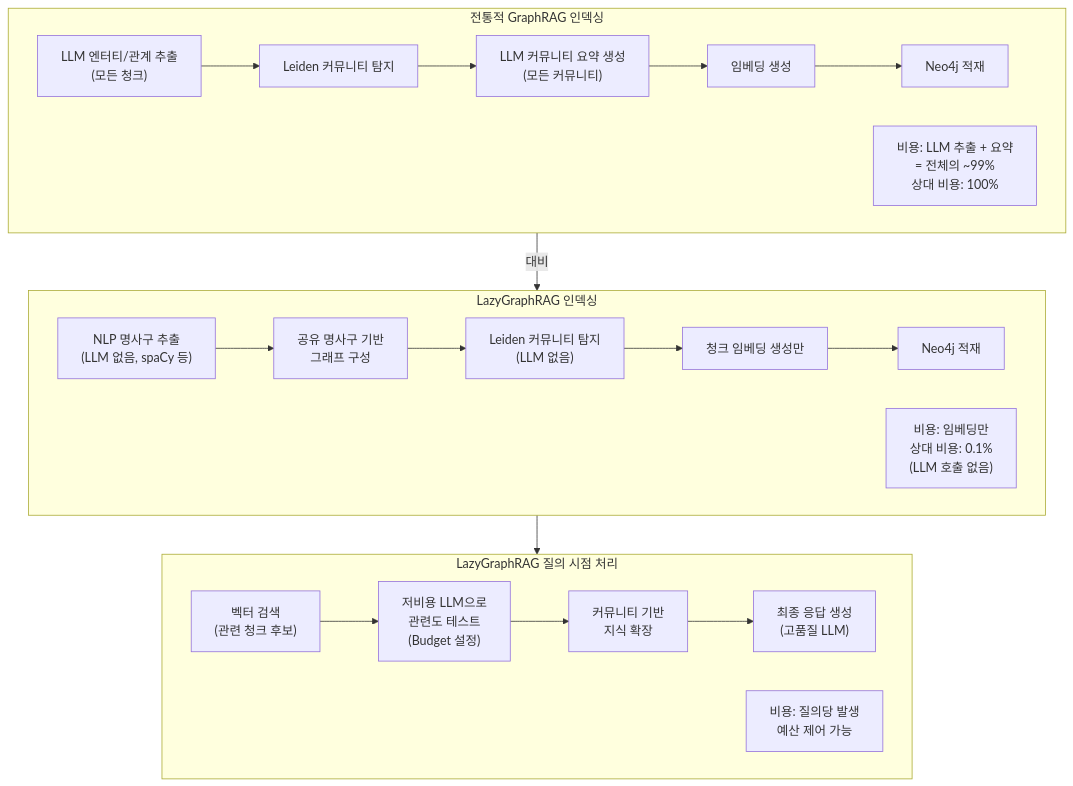
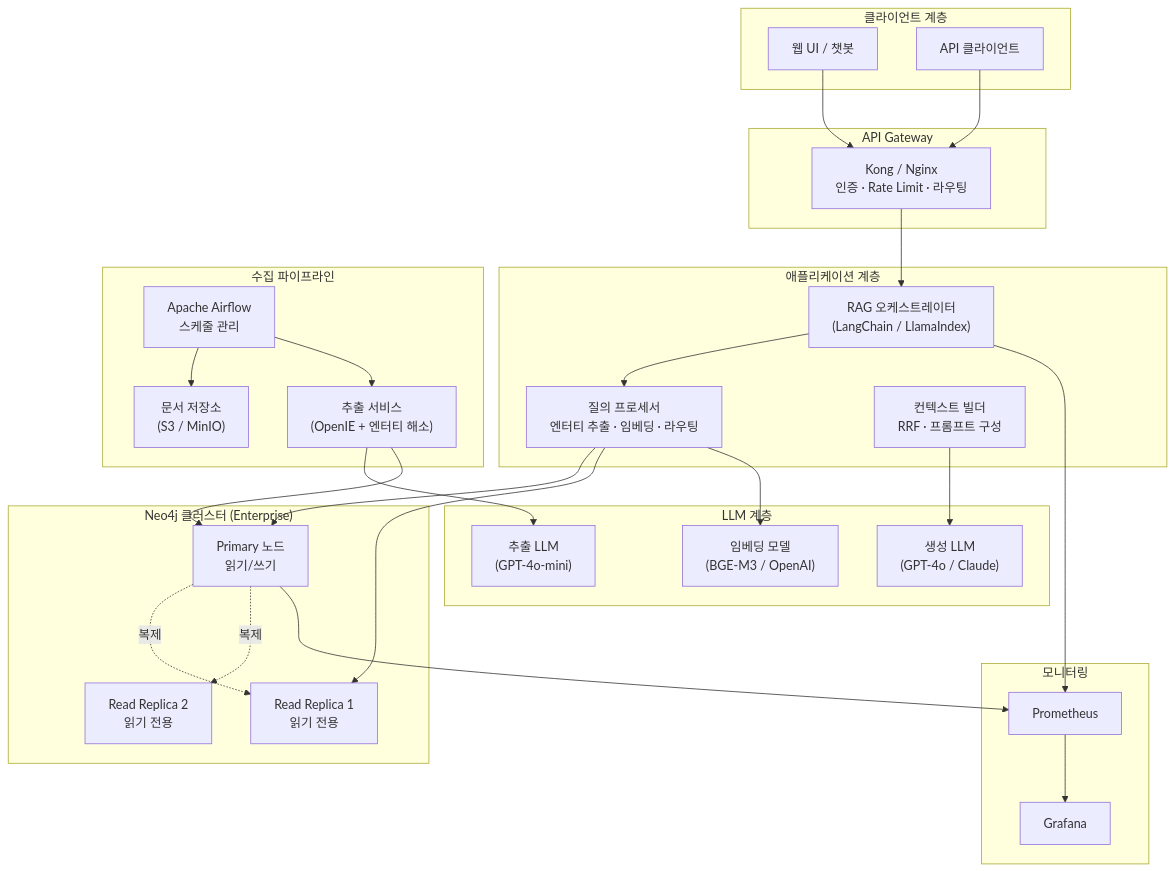
Before and after one commit to k82022603/k82022603.github.io: the seventh of 9 diagrams in _posts/2026-05-11-rag-기술-아키텍처-세미나-‐-(4)-index‐based-graphrag-기반-neo4j-hybrid-rag-시스템-구현.md, drawn with Mermaid. The commit also changed other lines of this file, not shown here.

````diff
--- a/_posts/2026-05-11-rag-기술-아키텍처-세미나-‐-(4)-index‐based-graphrag-기반-neo4j-hybrid-rag-시스템-구현.md
+++ b/_posts/2026-05-11-rag-기술-아키텍처-세미나-‐-(4)-index‐based-graphrag-기반-neo4j-hybrid-rag-시스템-구현.md
@@ -716,43 +827,56 @@
 ```mermaid
 flowchart TB
-    subgraph TraditionalIndexing["전통적 GraphRAG 인덱싱"]
-        direction LR
-        TI1["LLM 엔터티/관계 추출\n(모든 청크)"]
-        TI2["Leiden 커뮤니티 탐지"]
-        TI3["LLM 커뮤니티 요약 생성\n(모든 커뮤니티)"]
-        TI4["임베딩 생성"]
-        TI5["Neo4j 적재"]
-
-        TI1 --> TI2 --> TI3 --> TI4 --> TI5
-
-        COST1["비용: LLM 추출 + 요약\n= 전체의 ~99%\n상대 비용: 100%"]
+    subgraph Client["클라이언트 계층"]
+        WEB["웹 UI / 챗봇"]
+        APIC["API 클라이언트"]
     end
 
-    subgraph LazyIndexing["LazyGraphRAG 인덱싱"]
-        direction LR
-        LI1["NLP 명사구 추출\n(LLM 없음, spaCy 등)"]
-        LI2["공유 명사구 기반\n그래프 구성"]
-        LI3["Leiden 커뮤니티 탐지\n(LLM 없음)"]
-        LI4["청크 임베딩 생성만"]
-        LI5["Neo4j 적재"]
-
-        LI1 --> LI2 --> LI3 --> LI4 --> LI5
-
-        COST2["비용: 임베딩만\n상대 비용: 0.1%\n(LLM 호출 없음)"]
+    subgraph Gateway["API Gateway"]
+        GW["Kong / Nginx\n인증 · Rate Limit · 라우팅"]
     end
 
-    subgraph LazyQuery["LazyGraphRAG 질의 시점 처리"]
-        direction LR
-        LQ1["벡터 검색\n(관련 청크 후보)"]
-        LQ2["저비용 LLM으로\n관련도 테스트\n(Budget 설정)"]
-        LQ3["커뮤니티 기반\n지식 확장"]
-        LQ4["최종 응답 생성\n(고품질 LLM)"]
-
-        LQ1 --> LQ2 --> LQ3 --> LQ4
-
-        COST3["비용: 질의당 발생\n예산 제어 가능"]
+    subgraph App["애플리케이션 계층"]
+        ORCH["RAG 오케스트레이터\n(LangChain / LlamaIndex)"]
+        QP["질의 프로세서\n엔터티 추출 · 임베딩 · 라우팅"]
+        CTX["컨텍스트 빌더\nRRF · 프롬프트 구성"]
     end
 
-    TraditionalIndexing --> |"대비"| LazyIndexing
-    LazyIndexing --> LazyQuery
+    subgraph Neo4jCluster["Neo4j 클러스터 (Enterprise)"]
+        PRIMARY["Primary 노드\n읽기/쓰기"]
+        READ1["Read Replica 1\n읽기 전용"]
+        READ2["Read Replica 2\n읽기 전용"]
+        PRIMARY -.->|복제| READ1 & READ2
+    end
+
+    subgraph LLMLayer["LLM 계층"]
+        EMB["임베딩 모델\n(BGE-M3 / OpenAI)"]
+        GLLM["생성 LLM\n(GPT-4o / Claude)"]
+        ELLM["추출 LLM\n(GPT-4o-mini)"]
+    end
+
+    subgraph Ingestion["수집 파이프라인"]
+        AIRFLOW["Apache Airflow\n스케줄 관리"]
+        EXTPIPE["추출 서비스\n(OpenIE + 엔터티 해소)"]
+        DOCSTORE["문서 저장소\n(S3 / MinIO)"]
+    end
+
+    subgraph Monitoring["모니터링"]
+        PROM["Prometheus"]
+        GRAF["Grafana"]
+    end
+
+    WEB & APIC --> GW --> ORCH
+    ORCH --> QP
+    QP --> PRIMARY
+    QP --> READ1
+    QP --> EMB
+    CTX --> GLLM
+
+    AIRFLOW --> DOCSTORE
+    AIRFLOW --> EXTPIPE
+    EXTPIPE --> ELLM
+    EXTPIPE --> PRIMARY
+
+    PRIMARY --> PROM --> GRAF
+    ORCH --> PROM
 ```
````
